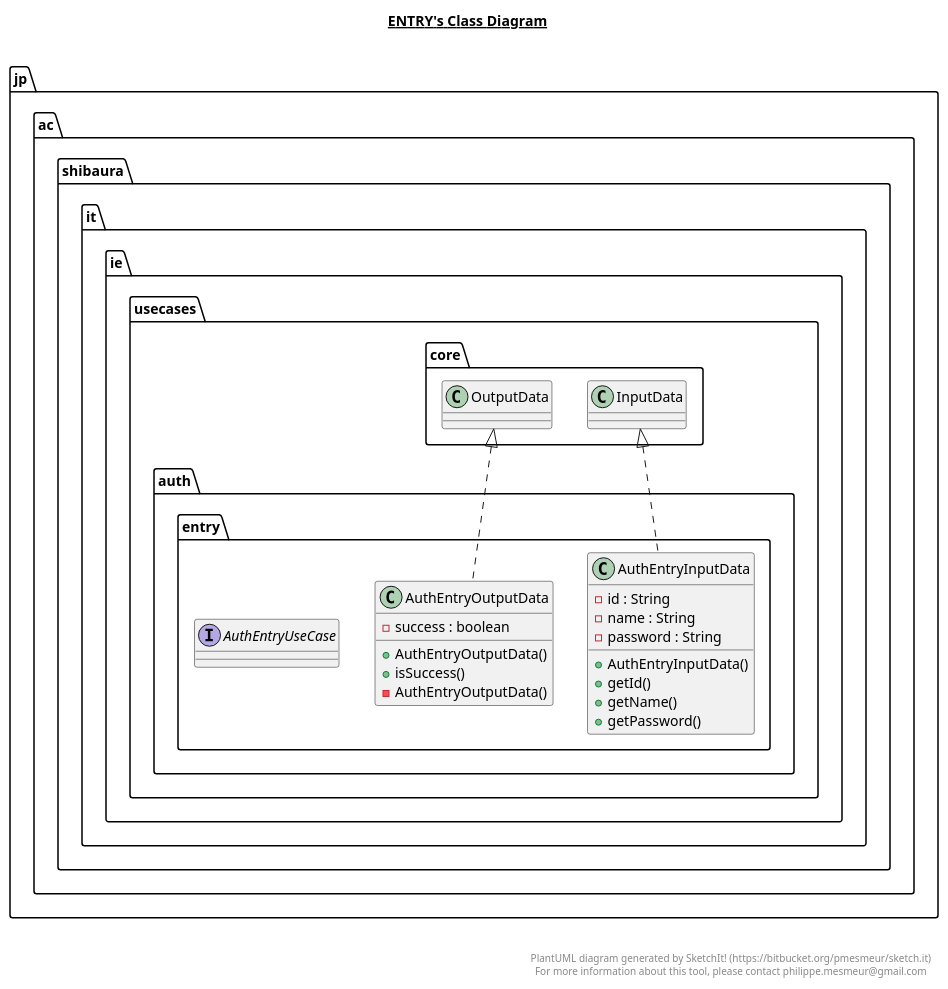
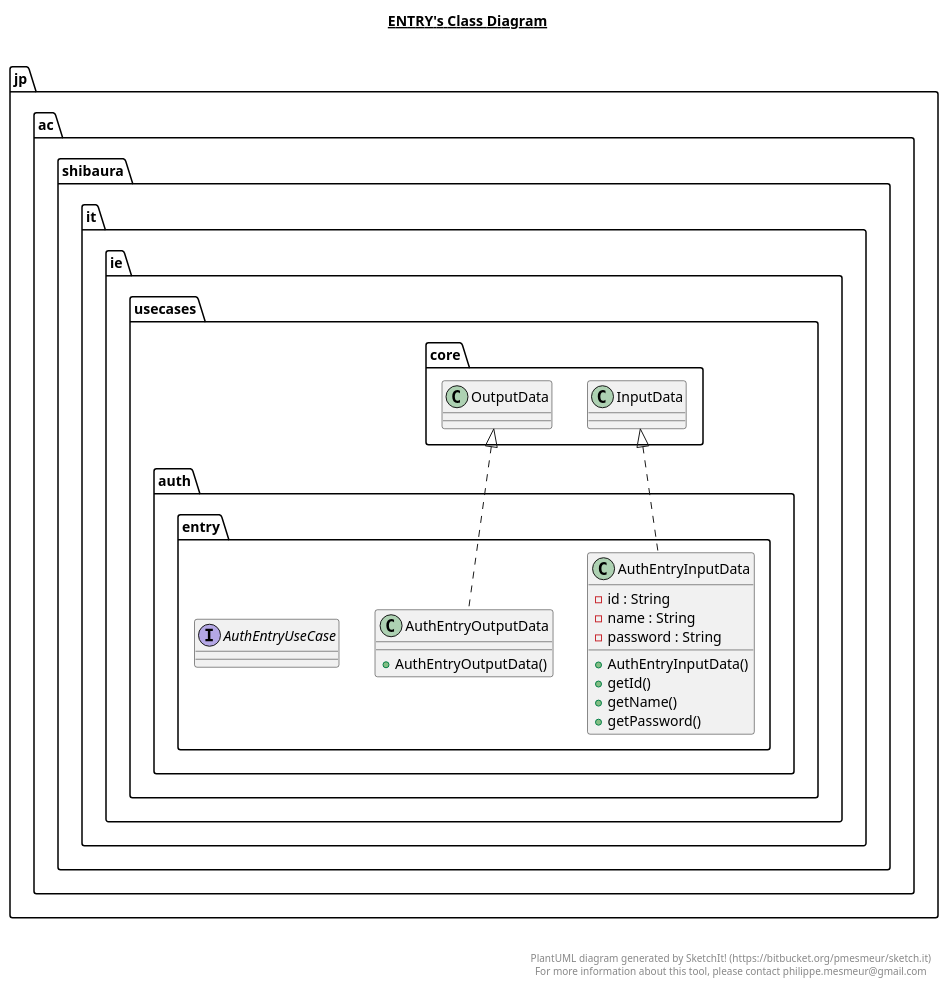
Before and after one commit to THEToilet/chatLobbyServer: the diagram in src/jp/ac/shibaura/it/ie/usecases/auth/entry/entry.plantuml, drawn with PlantUML. The commit also changed 74 other files, not shown here.

```diff
--- a/src/jp/ac/shibaura/it/ie/usecases/auth/entry/entry.plantuml
+++ b/src/jp/ac/shibaura/it/ie/usecases/auth/entry/entry.plantuml
@@ -1,51 +1,48 @@
 @startuml
 
 title __ENTRY's Class Diagram__\n
 
   namespace jp.ac.shibaura.it.ie {
     namespace usecases.auth.entry {
       class jp.ac.shibaura.it.ie.usecases.auth.entry.AuthEntryInputData {
           - id : String
           - name : String
           - password : String
           + AuthEntryInputData()
           + getId()
           + getName()
           + getPassword()
       }
     }
   }
   
 
   namespace jp.ac.shibaura.it.ie {
     namespace usecases.auth.entry {
       class jp.ac.shibaura.it.ie.usecases.auth.entry.AuthEntryOutputData {
-          - success : boolean
           + AuthEntryOutputData()
-          + isSuccess()
-          - AuthEntryOutputData()
       }
     }
   }
   
 
   namespace jp.ac.shibaura.it.ie {
     namespace usecases.auth.entry {
       interface jp.ac.shibaura.it.ie.usecases.auth.entry.AuthEntryUseCase {
       }
     }
   }
   
 
   jp.ac.shibaura.it.ie.usecases.auth.entry.AuthEntryInputData .up.|> jp.ac.shibaura.it.ie.usecases.core.InputData
   jp.ac.shibaura.it.ie.usecases.auth.entry.AuthEntryOutputData .up.|> jp.ac.shibaura.it.ie.usecases.core.OutputData
 
 
 right footer
 
 
 PlantUML diagram generated by SketchIt! (https://bitbucket.org/pmesmeur/sketch.it)
 For more information about this tool, please contact philippe.mesmeur@gmail.com
 endfooter
 
 @enduml
```
